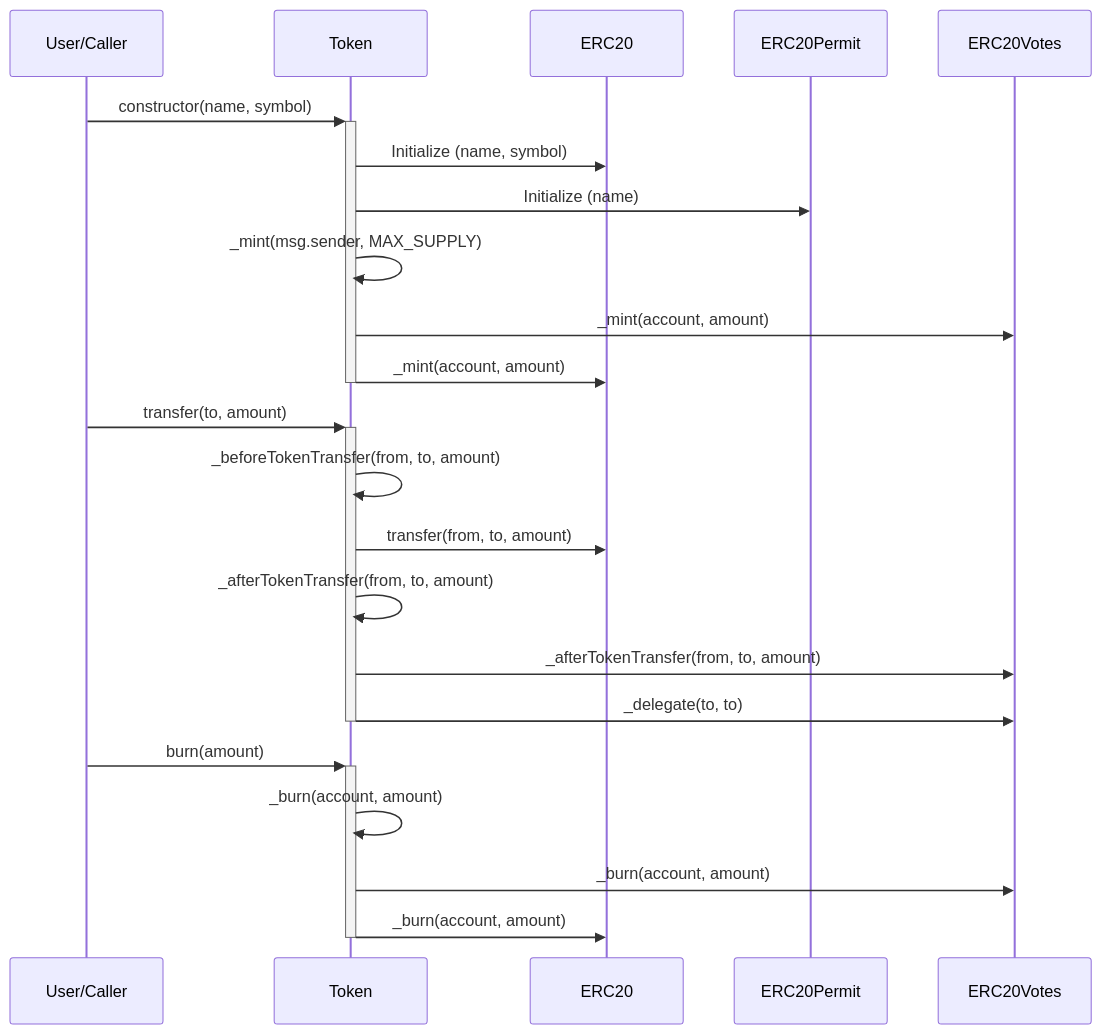
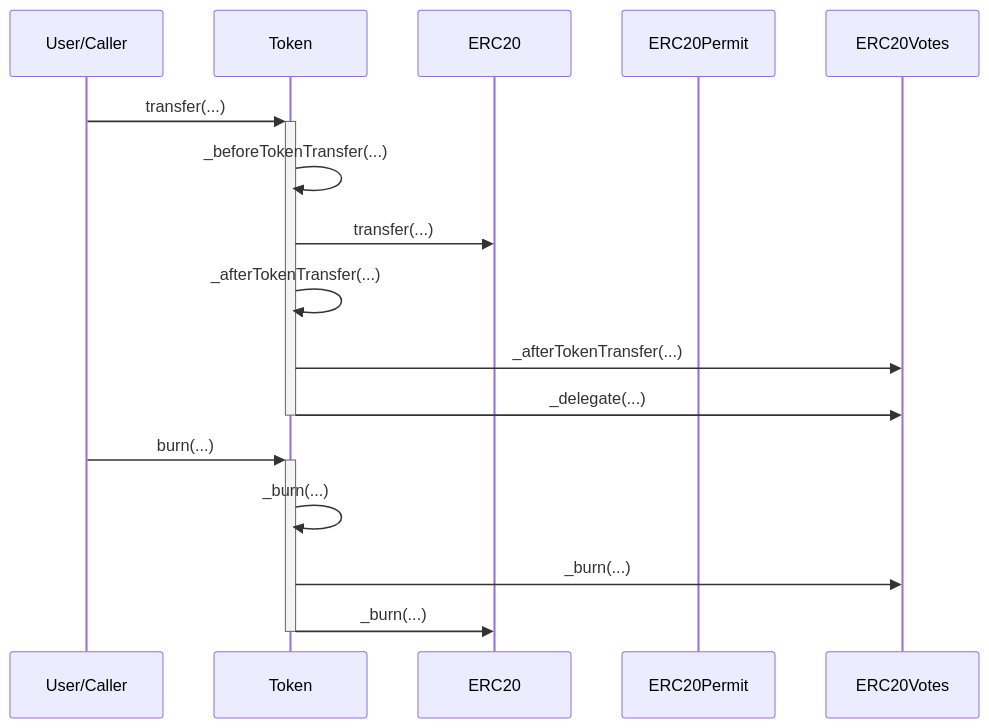
One commit to ZTX-Foundation/tuxedo changed the second of 2 diagrams in doc/contracts/token/Token.md. Above: the diagram before and after it, drawn with Mermaid. The commit also changed 17 other files, not shown here.

````diff
--- a/doc/contracts/token/Token.md
+++ b/doc/contracts/token/Token.md
@@ -18,27 +18,20 @@
 ```mermaid
 sequenceDiagram
     participant User as User/Caller
     participant Token
     participant ERC20
     participant ERC20Permit
     participant ERC20Votes
 
-    User->>+Token: constructor(name, symbol)
-    Token->>ERC20: Initialize (name, symbol)
-    Token->>ERC20Permit: Initialize (name)
-    Token->>Token: _mint(msg.sender, MAX_SUPPLY)
-    Token->>ERC20Votes: _mint(account, amount)
-    Token->>-ERC20: _mint(account, amount)
+    User->>+Token: transfer(...)
+    Token->>Token: _beforeTokenTransfer(...)
+    Token->>ERC20: transfer(...)
+    Token->>Token: _afterTokenTransfer(...)
+    Token->>ERC20Votes: _afterTokenTransfer(...)
+    Token->>-ERC20Votes: _delegate(...)
 
-    User->>+Token: transfer(to, amount)
-    Token->>Token: _beforeTokenTransfer(from, to, amount)
-    Token->>ERC20: transfer(from, to, amount)
-    Token->>Token: _afterTokenTransfer(from, to, amount)
-    Token->>ERC20Votes: _afterTokenTransfer(from, to, amount)
-    Token->>-ERC20Votes: _delegate(to, to)
-
-    User->>+Token: burn(amount)
-    Token->>Token: _burn(account, amount)
-    Token->>ERC20Votes: _burn(account, amount)
-    Token->>-ERC20: _burn(account, amount)
+    User->>+Token: burn(...)
+    Token->>Token: _burn(...)
+    Token->>ERC20Votes: _burn(...)
+    Token->>-ERC20: _burn(...)
 ```
````
